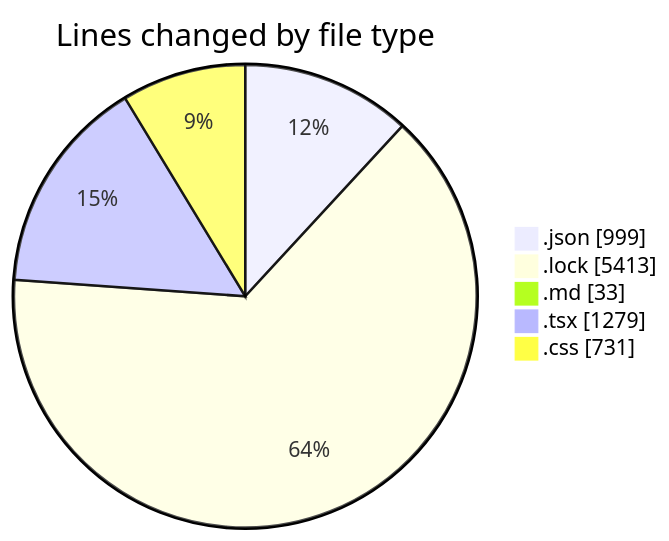
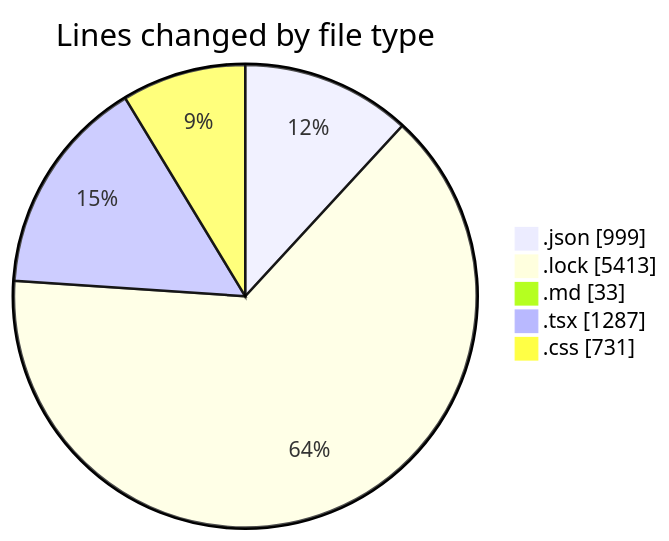
One commit to EIIisD/code-tracking changed the first of 2 diagrams in 2025-08-11/ribbon/README.md. Above: the diagram before and after it, drawn with Mermaid. The commit also changed other lines of this file and 1 other file, not shown here.

````diff
--- a/2025-08-11/ribbon/README.md
+++ b/2025-08-11/ribbon/README.md
@@ -40,9 +40,9 @@
 ```mermaid
 pie showData
 title Lines changed by file type
 ".json" : 999
 ".lock" : 5413
 ".md" : 33
-".tsx" : 1279
+".tsx" : 1287
 ".css" : 731
 ```
````
